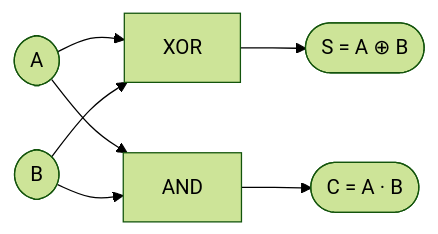
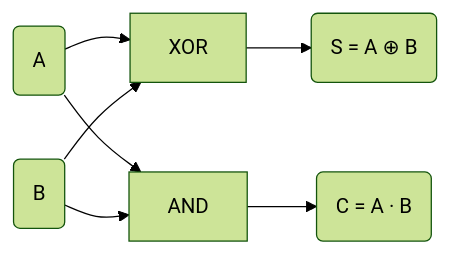
Before and after one commit to Samizo-AITL/Edusemi-v4x: the first of 3 diagrams in chapter2_comb_logic/2.5_half_full_adder.md, drawn with Mermaid (forest theme). The commit also changed other lines of this file, not shown here.

````diff
--- a/chapter2_comb_logic/2.5_half_full_adder.md
+++ b/chapter2_comb_logic/2.5_half_full_adder.md
@@ -41,10 +41,10 @@
 ```mermaid
 flowchart LR
-    A([A]) --> XOR1[XOR]
-    B([B]) --> XOR1
-    XOR1 --> S([S = A ⊕ B])
+    A(A) --> XOR1[XOR]
+    B(B) --> XOR1
+    XOR1 --> S("S = A ⊕ B")
 
     A --> AND1[AND]
     B --> AND1
-    AND1 --> C([C = A · B])
+    AND1 --> C("C = A · B")
 ```
````
